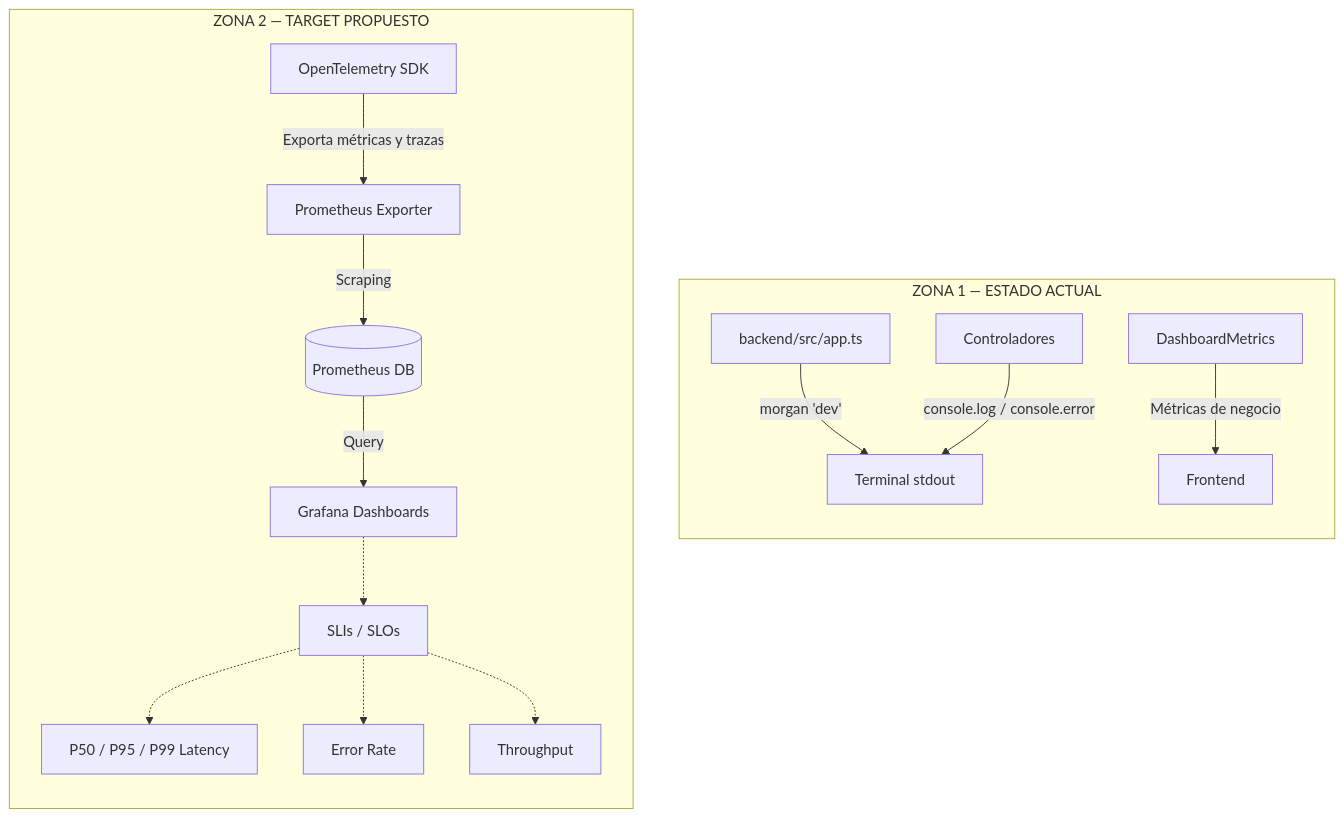
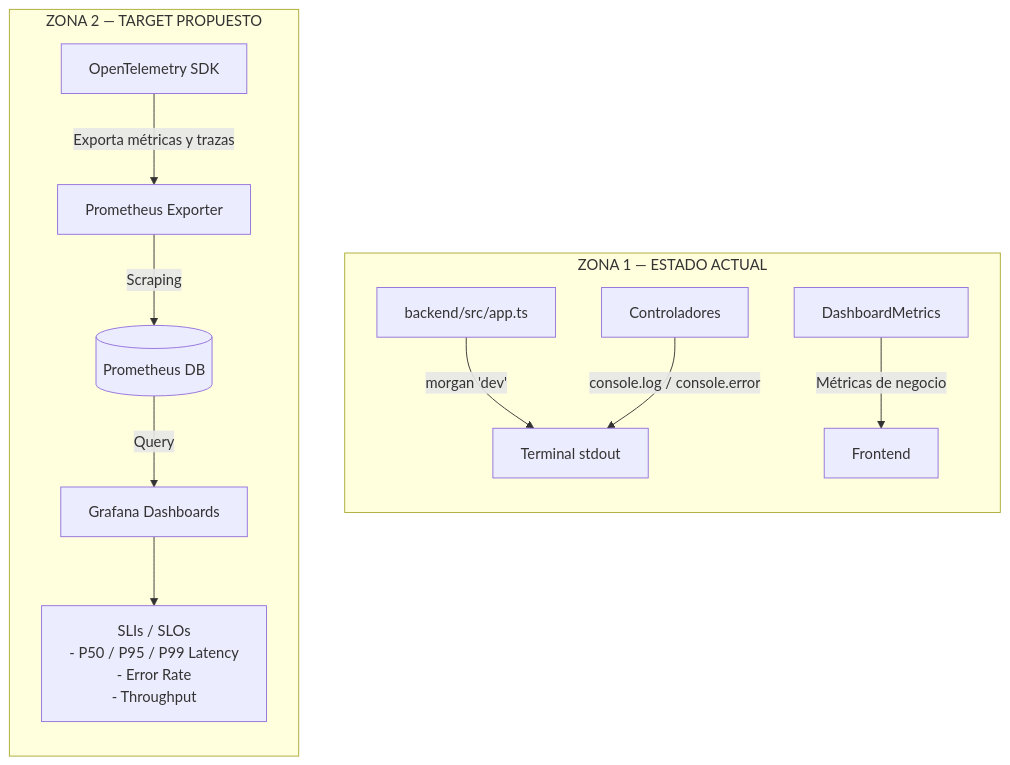
One commit to Leofit-Solutions-Grupo01/leofit-pedidos-sistema changed the diagram in docs/diagramas/D6-rendimiento/diagram.mmd. Above: the diagram before and after it, drawn with Mermaid. The commit also changed 1 other file, not shown here.

Commit message:
fix(diagrams): consolidar metricas en nodo SLI para D6

```diff
--- a/docs/diagramas/D6-rendimiento/diagram.mmd
+++ b/docs/diagramas/D6-rendimiento/diagram.mmd
@@ -1,19 +1,16 @@
 flowchart TD
     subgraph Actual [ZONA 1 — ESTADO ACTUAL]
         direction TB
         App[backend/src/app.ts] -->|morgan 'dev'| Stdout[Terminal stdout]
         Ctrl[Controladores] -->|console.log / console.error| Stdout
         Dash[DashboardMetrics] -->|Métricas de negocio| UI[Frontend]
     end
 
     subgraph Propuesto [ZONA 2 — TARGET PROPUESTO]
         direction TB
         OTel[OpenTelemetry SDK] -->|Exporta métricas y trazas| PromExp[Prometheus Exporter]
         PromExp -->|Scraping| Prometheus[(Prometheus DB)]
         Prometheus -->|Query| Grafana[Grafana Dashboards]
         
-        Grafana -.-> SLIs[SLIs / SLOs]
-        SLIs -.-> Latency[P50 / P95 / P99 Latency]
-        SLIs -.-> Errors[Error Rate]
-        SLIs -.-> TP[Throughput]
+        Grafana --> SLIs[SLIs / SLOs<br/>- P50 / P95 / P99 Latency<br/>- Error Rate<br/>- Throughput]
     end
```
